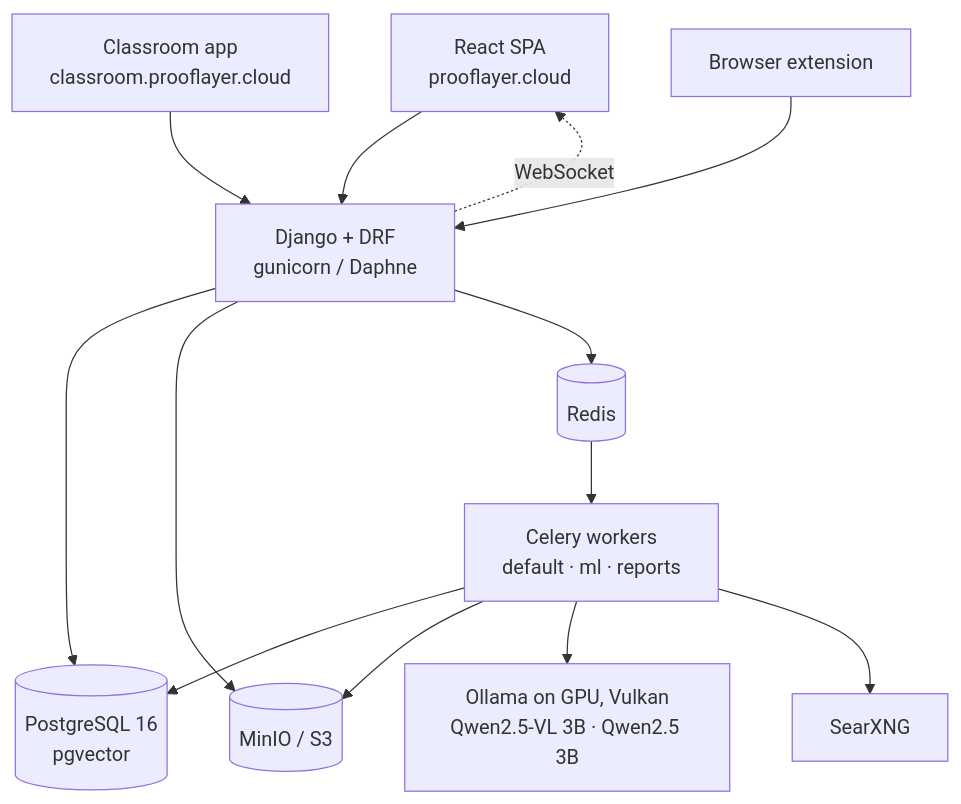
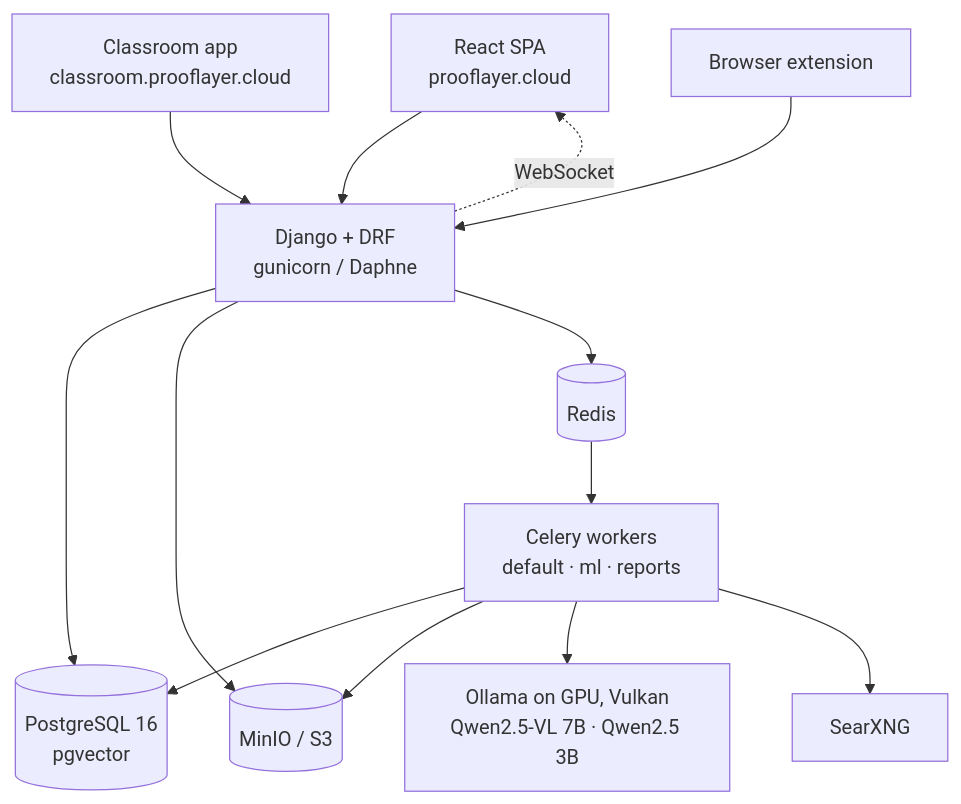
The second of 2 diagrams in README.md (jeezdredd/prooflayer), drawn with Mermaid before and after one commit. The commit also changed other lines of this file and 10 other files, not shown here.

````diff
--- a/README.md
+++ b/README.md
@@ -163,15 +163,15 @@
 ```mermaid
 flowchart TB
     SPA[React SPA<br/>prooflayer.cloud] --> API
     CLS[Classroom app<br/>classroom.prooflayer.cloud] --> API
     EXT[Browser extension] --> API
     API[Django + DRF<br/>gunicorn / Daphne] --> PG[(PostgreSQL 16<br/>pgvector)]
     API --> S3[(MinIO / S3)]
     API --> R[(Redis)]
     R --> W[Celery workers<br/>default · ml · reports]
     W --> PG
     W --> S3
-    W --> OL[Ollama on GPU, Vulkan<br/>Qwen2.5-VL 3B · Qwen2.5 3B]
+    W --> OL[Ollama on GPU, Vulkan<br/>Qwen2.5-VL 7B · Qwen2.5 3B]
     W --> SX[SearXNG]
     API -. WebSocket .-> SPA
 ```
````
